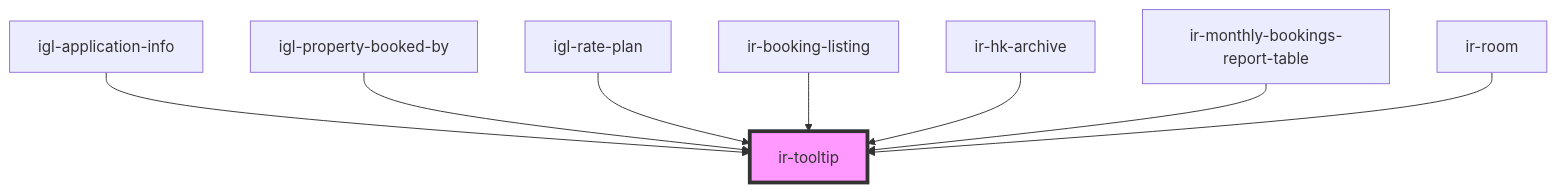
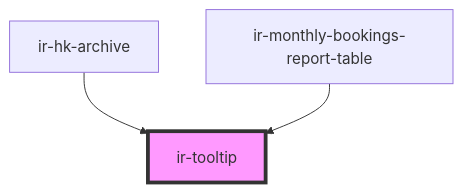
One commit to RonyRizk/ir-webcmp changed the diagram in src/components/ui/ir-tooltip/readme.md. Above: the diagram before and after it, drawn with Mermaid. The commit also changed other lines of this file and 433 other files, not shown here.

````diff
--- a/src/components/ui/ir-tooltip/readme.md
+++ b/src/components/ui/ir-tooltip/readme.md
@@ -33,11 +28,6 @@
 ```mermaid
 graph TD;
-  igl-application-info --> ir-tooltip
-  igl-property-booked-by --> ir-tooltip
-  igl-rate-plan --> ir-tooltip
-  ir-booking-listing --> ir-tooltip
   ir-hk-archive --> ir-tooltip
   ir-monthly-bookings-report-table --> ir-tooltip
-  ir-room --> ir-tooltip
   style ir-tooltip fill:#f9f,stroke:#333,stroke-width:4px
 ```
````
